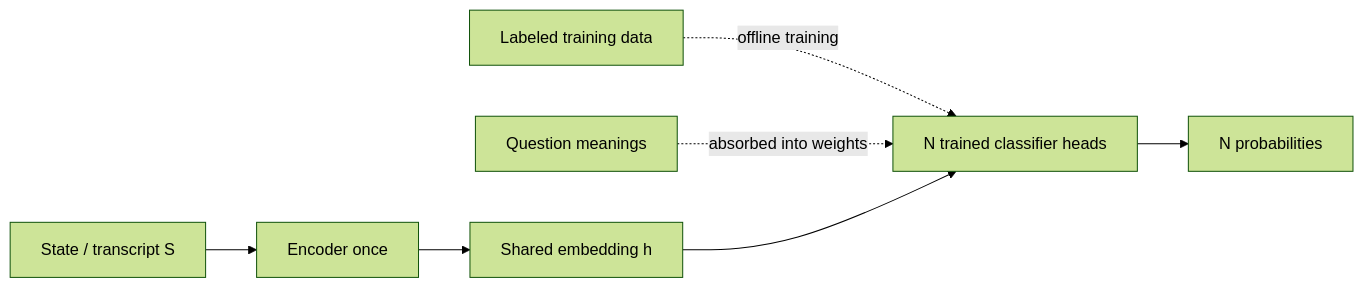
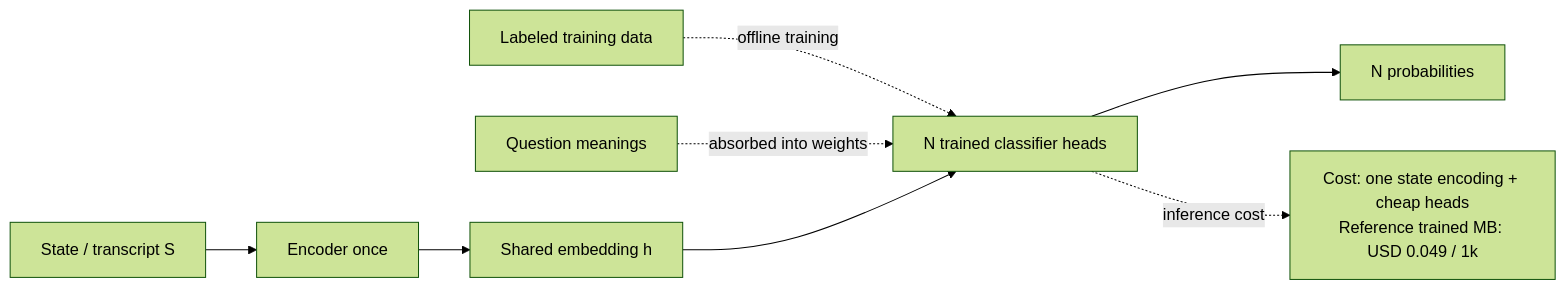
The third of 3 diagrams in README.md (maustin10/System1_classifier_comparisons_transcripts), drawn with Mermaid (forest theme) before and after one commit. The commit also changed other lines of this file and 6 other files, not shown here.

Commit message:
Add cost implications to architecture diagrams

````diff
--- a/README.md
+++ b/README.md
@@ -193,9 +195,10 @@
 ```mermaid
 flowchart LR
     D["Labeled training data"] -. offline training .-> H["N trained classifier heads"]
     Q["Question meanings"] -. absorbed into weights .-> H
     S["State / transcript S"] --> E["Encoder once"]
     E --> V["Shared embedding h"]
     V --> H
     H --> Y["N probabilities"]
+    H -. inference cost .-> C["Cost: one state encoding + cheap heads<br/>Reference trained MB: USD 0.049 / 1k"]
 ```
````
